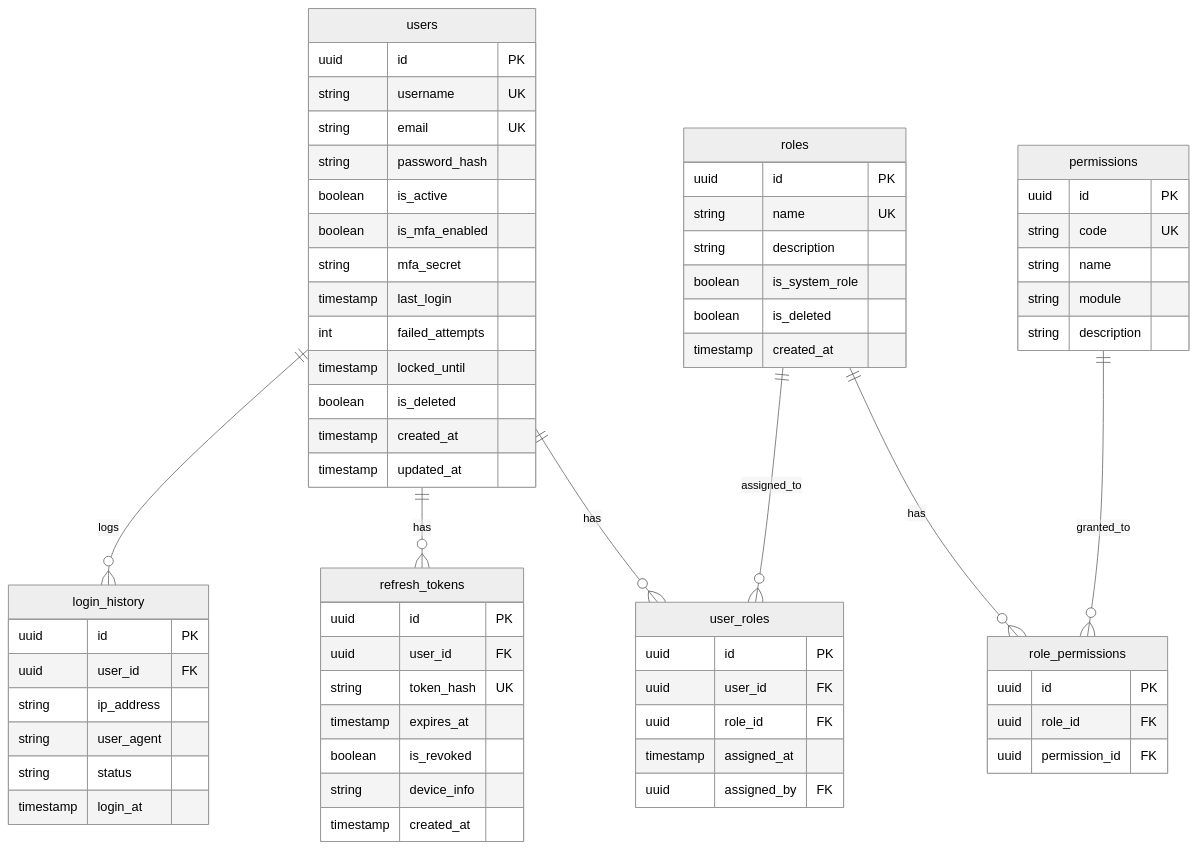
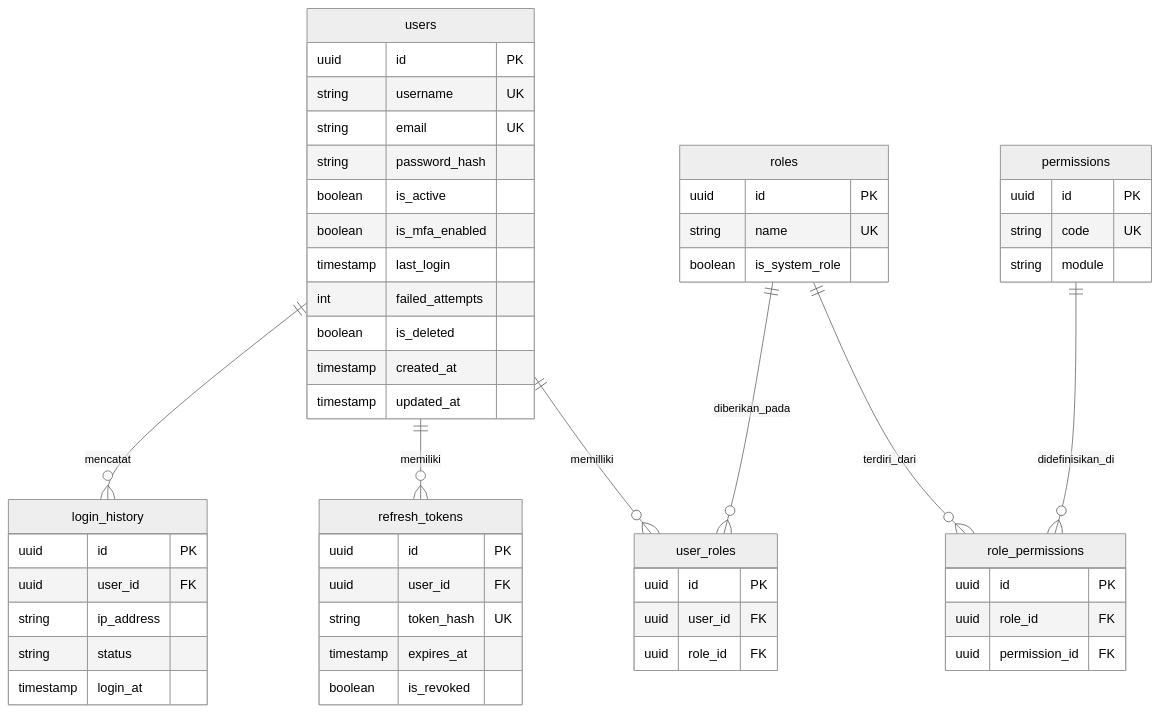
Before and after one commit to Vencore-erp/documentation: the first of 5 diagrams in system_design/DATABASE_SCHEMA.md, drawn with Mermaid (neutral theme). The commit also changed other lines of this file, not shown here.

Commit message:
Update DATABASE_SCHEMA.md with detailed Indonesian explanations

````diff
--- a/system_design/DATABASE_SCHEMA.md
+++ b/system_design/DATABASE_SCHEMA.md
@@ -22,75 +25,57 @@
 ```mermaid
 erDiagram
-    users ||--o{ user_roles : has
-    roles ||--o{ user_roles : assigned_to
-    roles ||--o{ role_permissions : has
-    permissions ||--o{ role_permissions : granted_to
-    users ||--o{ refresh_tokens : has
-    users ||--o{ login_history : logs
+    users ||--o{ user_roles : memilliki
+    roles ||--o{ user_roles : diberikan_pada
+    roles ||--o{ role_permissions : terdiri_dari
+    permissions ||--o{ role_permissions : didefinisikan_di
+    users ||--o{ refresh_tokens : memiliki
+    users ||--o{ login_history : mencatat
 
     users {
         uuid id PK
         string username UK
         string email UK
         string password_hash
         boolean is_active
         boolean is_mfa_enabled
-        string mfa_secret
         timestamp last_login
         int failed_attempts
-        timestamp locked_until
         boolean is_deleted
         timestamp created_at
         timestamp updated_at
     }
-
     roles {
         uuid id PK
         string name UK
-        string description
         boolean is_system_role
-        boolean is_deleted
-        timestamp created_at
     }
-
     permissions {
         uuid id PK
         string code UK
-        string name
         string module
-        string description
     }
-
     user_roles {
         uuid id PK
         uuid user_id FK
         uuid role_id FK
-        timestamp assigned_at
-        uuid assigned_by FK
     }
-
     role_permissions {
         uuid id PK
         uuid role_id FK
         uuid permission_id FK
     }
-
     refresh_tokens {
         uuid id PK
         uuid user_id FK
         string token_hash UK
         timestamp expires_at
         boolean is_revoked
-        string device_info
-        timestamp created_at
     }
-
     login_history {
         uuid id PK
         uuid user_id FK
         string ip_address
-        string user_agent
         string status
         timestamp login_at
     }
 ```
````
